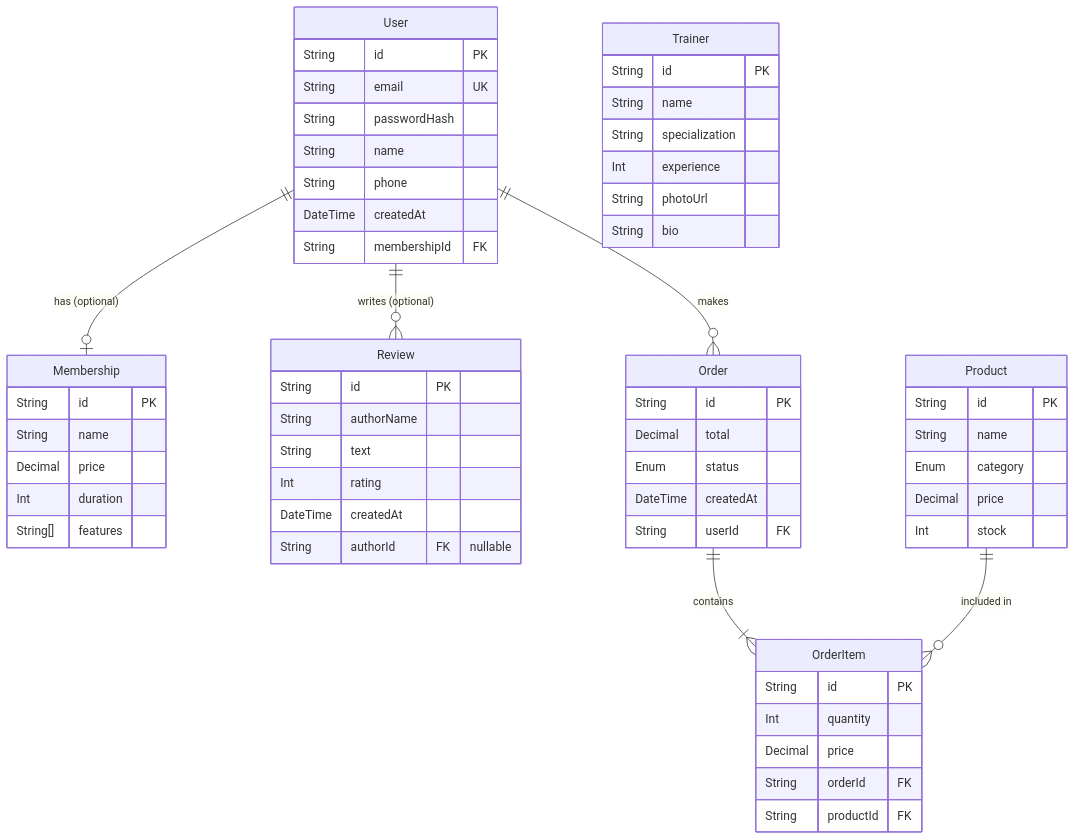
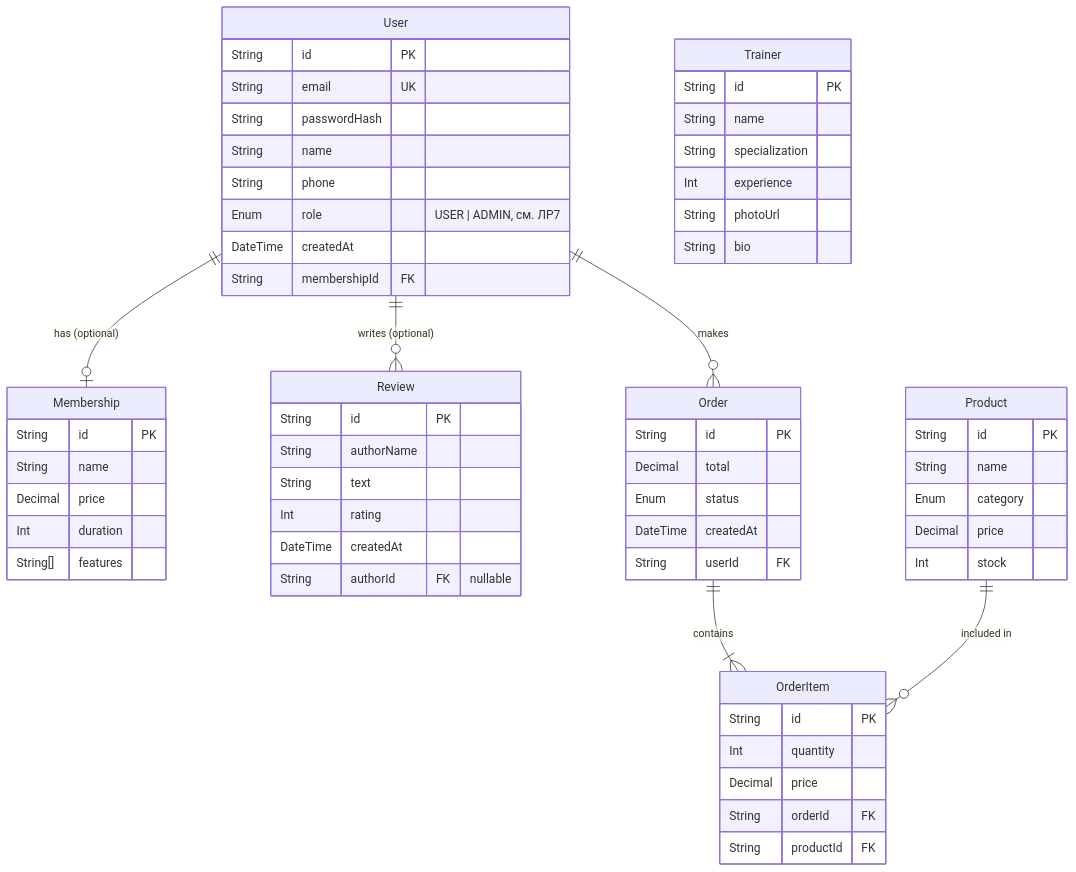
One commit to XakerXaker/backend-course changed the diagram in README.md. Above: the diagram before and after it, drawn with Mermaid. The commit also changed other lines of this file and 66 other files, not shown here.

First line of the commit message:
ЛР7: аутентификация и авторизация (JWT, роли USER/ADMIN)

````diff
--- a/README.md
+++ b/README.md
@@ -155,69 +158,70 @@
 ```mermaid
 erDiagram
     User ||--o| Membership : "has (optional)"
     User ||--o{ Review : "writes (optional)"
     User ||--o{ Order : "makes"
 
     Order ||--|{ OrderItem : "contains"
     Product ||--o{ OrderItem : "included in"
 
     User {
         String id PK
         String email UK
         String passwordHash
         String name
         String phone
+        Enum role "USER | ADMIN, см. ЛР7"
         DateTime createdAt
         String membershipId FK
     }
 
     Membership {
         String id PK
         String name
         Decimal price
         Int duration
         String[] features
     }
 
     Trainer {
         String id PK
         String name
         String specialization
         Int experience
         String photoUrl
         String bio
     }
 
     Review {
         String id PK
         String authorName
         String text
         Int rating
         DateTime createdAt
         String authorId FK "nullable"
     }
 
     Product {
         String id PK
         String name
         Enum category
         Decimal price
         Int stock
     }
 
     Order {
         String id PK
         Decimal total
         Enum status
         DateTime createdAt
         String userId FK
     }
 
     OrderItem {
         String id PK
         Int quantity
         Decimal price
         String orderId FK
         String productId FK
     }
 ```
````
